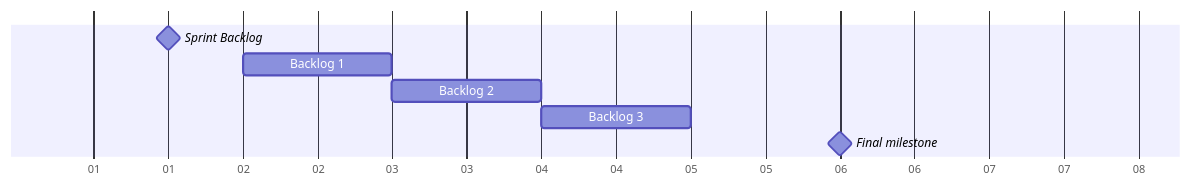
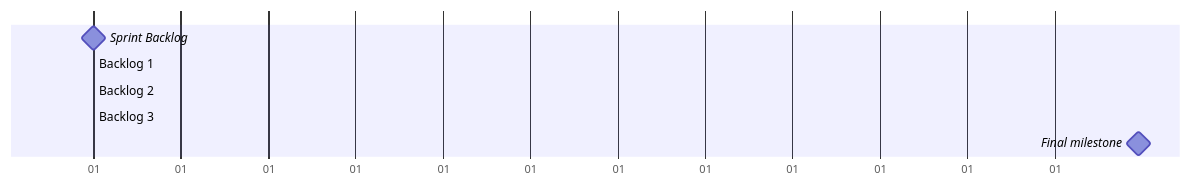
One commit to Iagocds/Projeto-Integrado changed the second of 2 diagrams in sprint.md. Above: the diagram before and after it, drawn with Mermaid.

````diff
--- a/sprint.md
+++ b/sprint.md
@@ -24,10 +24,10 @@
 ```mermaid
 gantt
     dateFormat D
     axisFormat %d
-    Sprint Backlog : milestone, m1, 1, 1d
+    Sprint Backlog : milestone, m1, 0, 0d
     Backlog 1 : 1d
     Backlog 2 : 1d
     Backlog 3 : 1d
-    Final milestone : milestone, m2, 4, 4d
+    Final milestone : milestone, m2, 3, 0d
 ```
````
